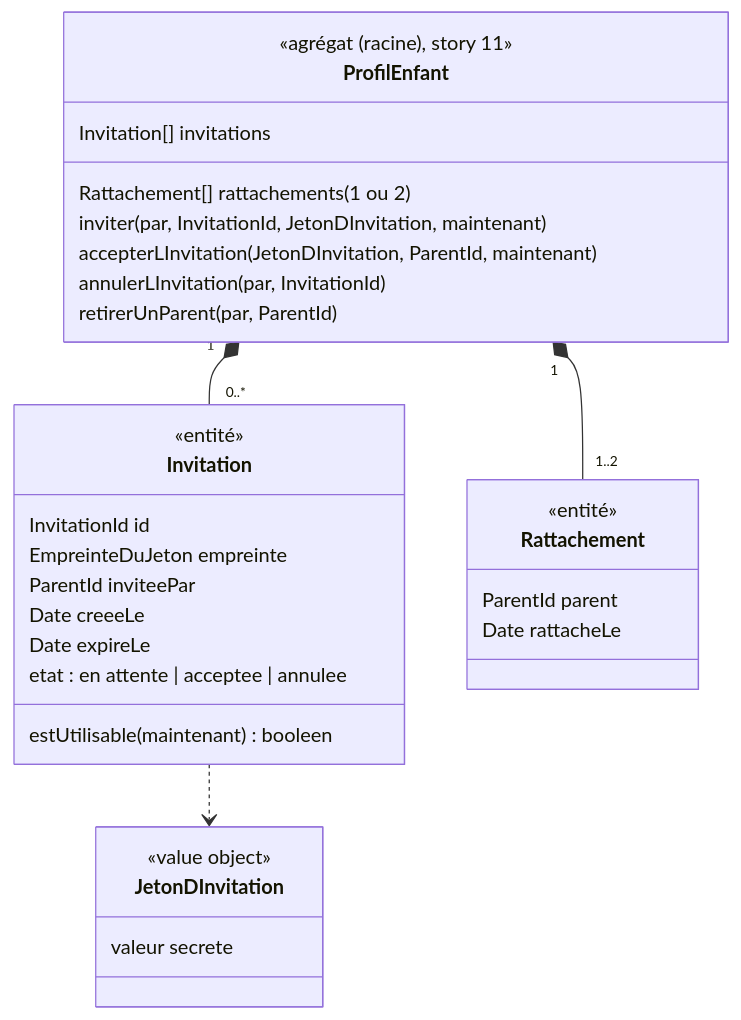
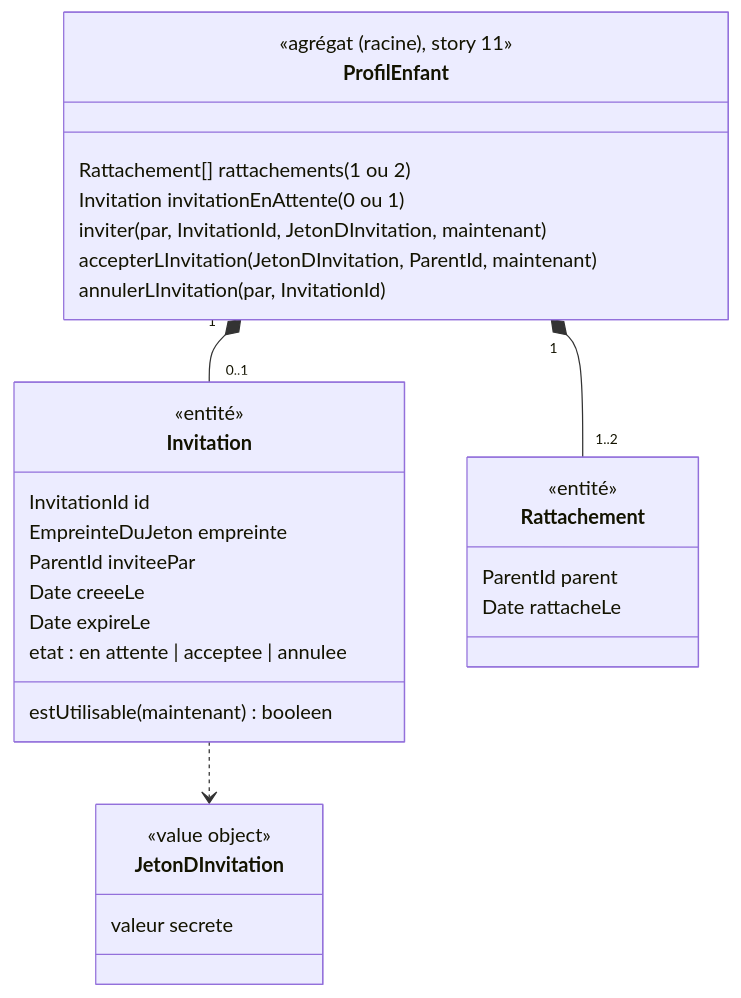
The diagram in docs/stories/13/domain-model.md (SBA-dev/github-move), drawn with Mermaid before and after one commit. The commit also changed other lines of this file and 14 other files, not shown here.

````diff
--- a/docs/stories/13/domain-model.md
+++ b/docs/stories/13/domain-model.md
@@ -25,34 +25,33 @@
 ```mermaid
 classDiagram
   class ProfilEnfant {
     <<agrégat (racine), story 11>>
     Rattachement[] rattachements (1 ou 2)
-    Invitation[] invitations
+    Invitation invitationEnAttente (0 ou 1)
     inviter(par, InvitationId, JetonDInvitation, maintenant)
     accepterLInvitation(JetonDInvitation, ParentId, maintenant)
     annulerLInvitation(par, InvitationId)
-    retirerUnParent(par, ParentId)
   }
   class Invitation {
     <<entité>>
     InvitationId id
     EmpreinteDuJeton empreinte
     ParentId inviteePar
     Date creeeLe
     Date expireLe
     etat : en attente | acceptee | annulee
     estUtilisable(maintenant) booleen
   }
   class JetonDInvitation {
     <<value object>>
     valeur secrete
   }
   class Rattachement {
     <<entité>>
     ParentId parent
     Date rattacheLe
   }
   ProfilEnfant "1" *-- "1..2" Rattachement
-  ProfilEnfant "1" *-- "0..*" Invitation
+  ProfilEnfant "1" *-- "0..1" Invitation
   Invitation ..> JetonDInvitation
 ```
````
